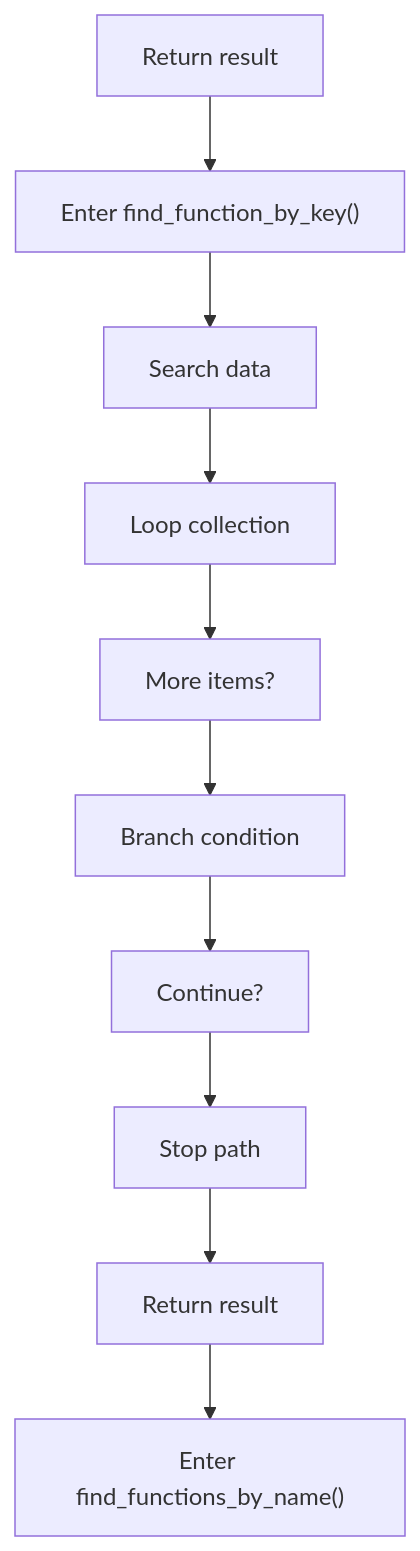
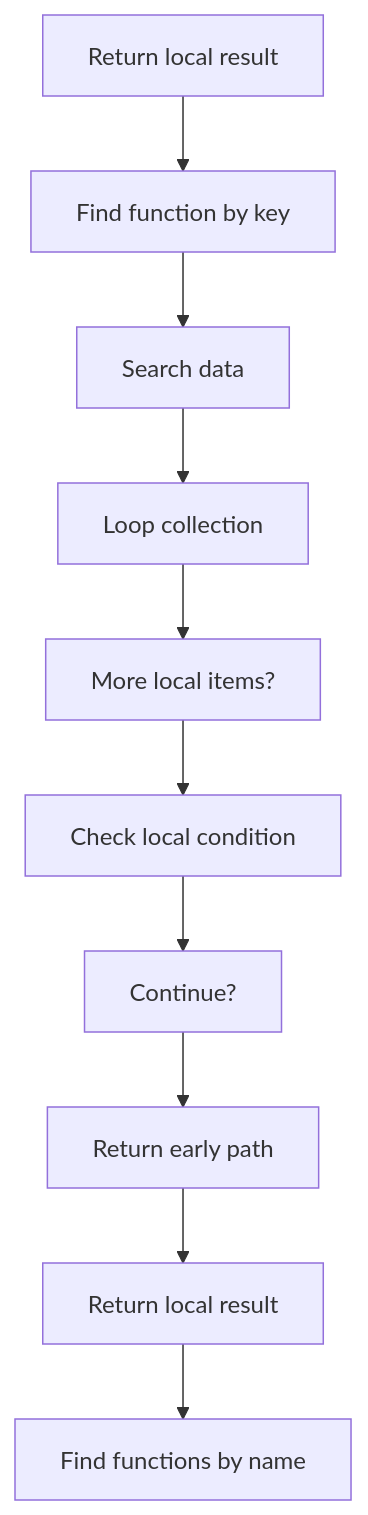
The fifth of 8 diagrams in docs/Codebase/Microservice/Modules/Source/Analysis/ImplementationUse/Resolution/Symbols/Query/Flow/symbols_queries_program_flow.cpp.md (JohnAndrewBalbarosa/NeoTerritory), drawn with Mermaid before and after one commit. The commit also changed other lines of this file and 915 other files, not shown here.

````diff
--- a/docs/Codebase/Microservice/Modules/Source/Analysis/ImplementationUse/Resolution/Symbols/Query/Flow/symbols_queries_program_flow.cpp.md
+++ b/docs/Codebase/Microservice/Modules/Source/Analysis/ImplementationUse/Resolution/Symbols/Query/Flow/symbols_queries_program_flow.cpp.md
@@ -119,22 +119,22 @@
 ```mermaid
 flowchart TD
-    N0["Return result"]
-    N1["Enter find_function_by_key()"]
+    N0["Return local result"]
+    N1["Find function by key"]
     N2["Search data"]
     N3["Loop collection"]
-    N4["More items?"]
-    N5["Branch condition"]
+    N4["More local items?"]
+    N5["Check local condition"]
     N6["Continue?"]
-    N7["Stop path"]
-    N8["Return result"]
-    N9["Enter find_functions_by_name()"]
+    N7["Return early path"]
+    N8["Return local result"]
+    N9["Find functions by name"]
     N0 --> N1
     N1 --> N2
     N2 --> N3
     N3 --> N4
     N4 --> N5
     N5 --> N6
     N6 --> N7
     N7 --> N8
     N8 --> N9
 ```
````
